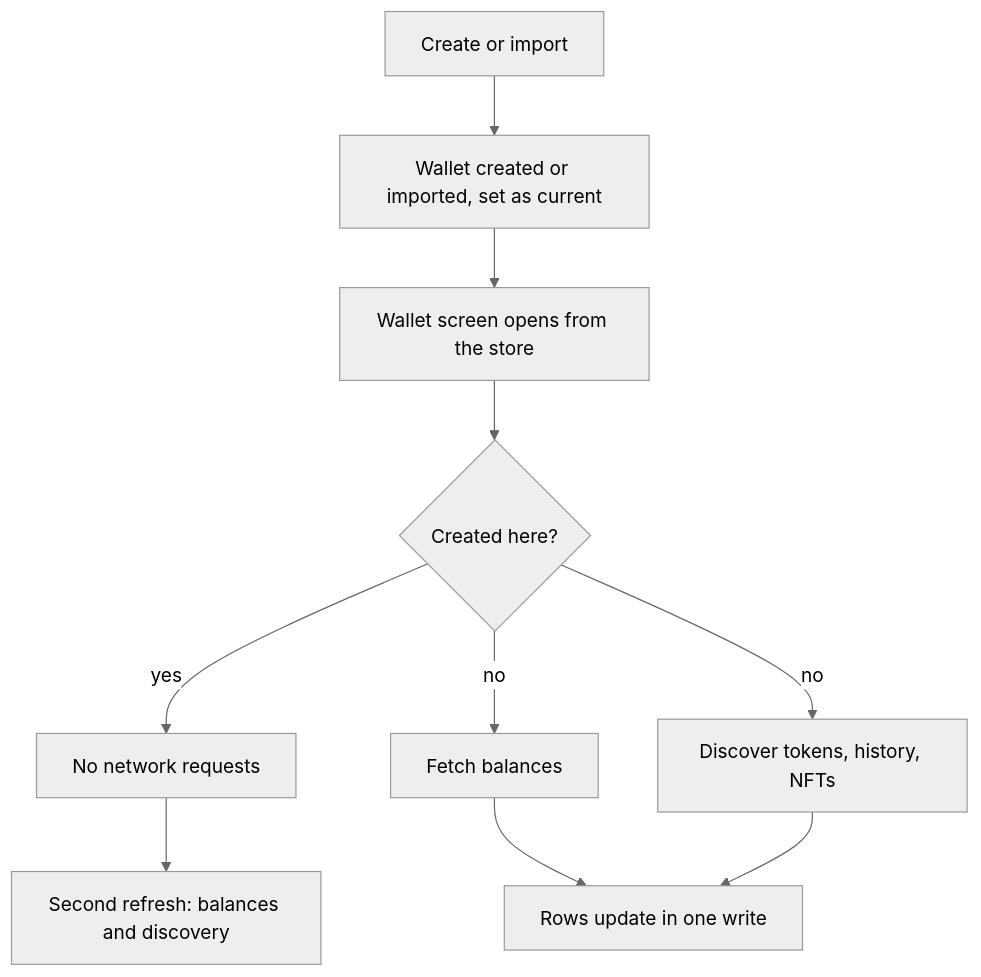
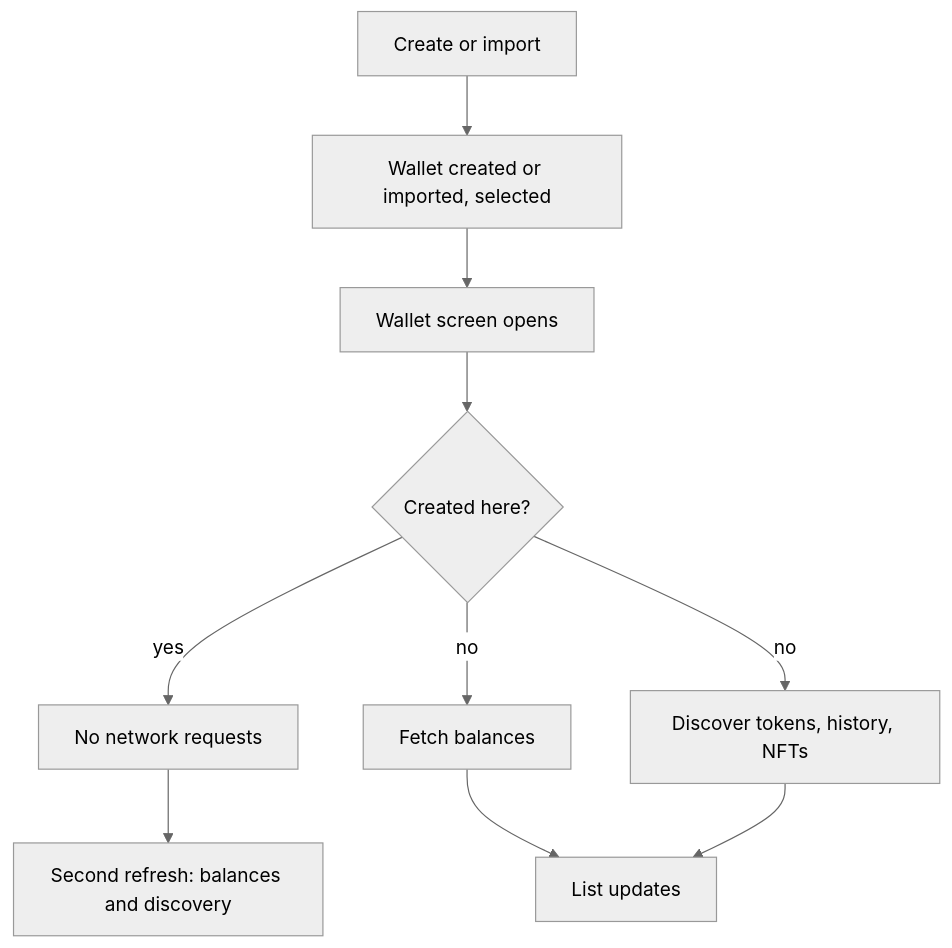
Before and after one commit to gemwalletcom/wallet: the third of 4 diagrams in docs/PRODUCT.md, drawn with Mermaid (neutral theme). The commit also changed other lines of this file and 14 other files, not shown here.

````diff
--- a/docs/PRODUCT.md
+++ b/docs/PRODUCT.md
@@ -138,12 +129,12 @@
 ```mermaid
 flowchart TD
-    A[Create or import] --> B[Wallet created or imported, set as current]
-    B --> C[Wallet screen opens from the store]
+    A[Create or import] --> B[Wallet created or imported, selected]
+    B --> C[Wallet screen opens]
     C --> D{Created here?}
     D -- yes --> E[No network requests]
     E --> F[Second refresh: balances and discovery]
     D -- no --> G[Fetch balances]
     D -- no --> H[Discover tokens, history, NFTs]
-    G --> I[Rows update in one write]
+    G --> I[List updates]
     H --> I
 ```
````
